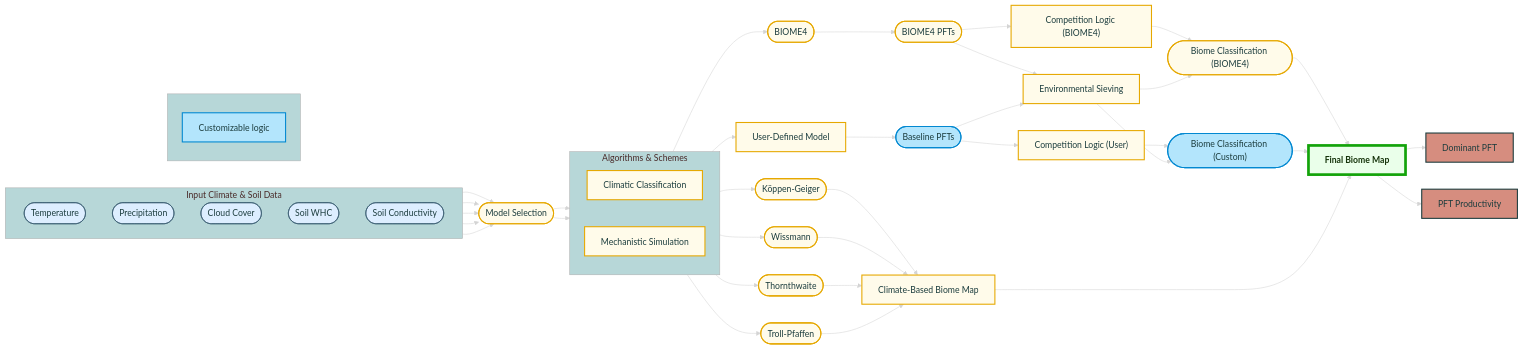
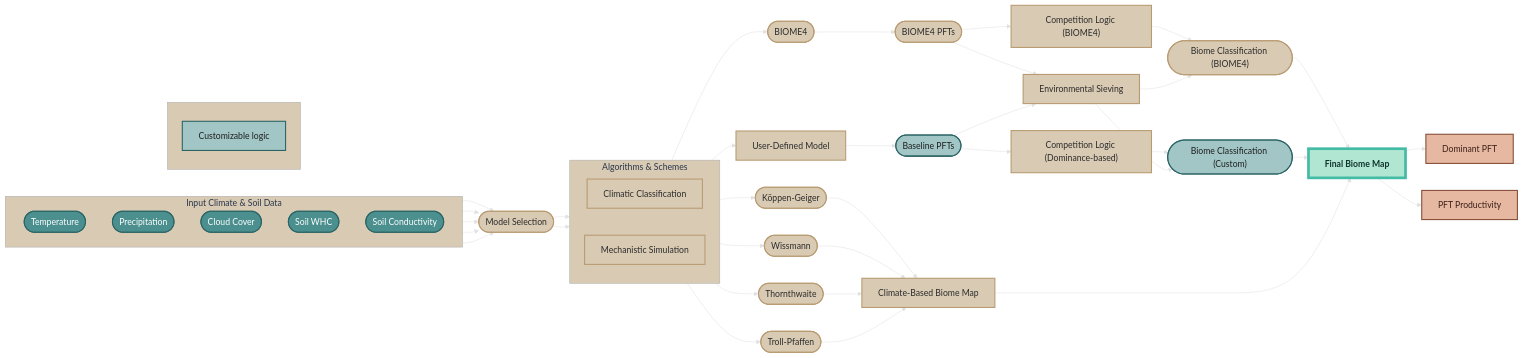
The diagram in README.md (clechartre/Biome.jl), drawn with Mermaid before and after one commit.

Commit message:
WSL color themes

````diff
--- a/README.md
+++ b/README.md
@@ -28,19 +28,19 @@
     rankSpacing: 30
     layoutDirection: TB
   themeVariables:
-    background: '#2B2B2B'
-    edgeColor: '#FFFFFF'
+    background: '#1E1E1E'
+    edgeColor: '#C0D6D6'
     primaryColor: '#2B6465'
     primaryTextColor: '#FFFFFF'
     primaryBorderColor: '#1B3C3D'
-    secondaryColor: '#F3E3AB'
-    tertiaryColor: '#B7D7D8'
-    edgeLabelBackground: '#FFFFFF'
-    textColor: '#FFFFFF'
+    secondaryColor: '#4B8F8F'
+    tertiaryColor: '#D9CAB3'
+    edgeLabelBackground: '#2B6465'
+    textColor: '#E8F1F1'
     fontFamily: ''
     fontSize: 16px
-    noteBkgColor: '#F9F9F9'
-    noteTextColor: '#2B2B2B'
+    noteBkgColor: '#F6F1EB'
+    noteTextColor: '#1E1E1E'
   layout: dagre
 ---
 flowchart LR
@@ -66,7 +66,7 @@
     E1 --> F1(["BIOME4 PFTs"])
     E2 --> F2(["Baseline PFTs"])
     F1 --> G1["Competition Logic (BIOME4)"] & G["Environmental Sieving"]
-    F2 --> G2["Competition Logic (User)"] & G
+    F2 --> G2["Competition Logic (Dominance-based)"] & G
     G1 --> H1(["Biome Classification (BIOME4)"])
     G2 --> H2(["Biome Classification (Custom)"])
     G --> H1 & H2
@@ -114,11 +114,10 @@
     n2:::finalsmall
     B:::schemebox
 
-    classDef inputbox fill:#DDEEFF,stroke:#2B4F65,color:#1B3C3D
-    classDef schemebox fill:#FFFBEA,stroke:#E6A800,color:#1B3C3D,stroke-width:2px
-    classDef outputbox fill:#eaffea,stroke:#13a30a,stroke-width:5px,color:#15330a,font-weight:bold
-    classDef finalsmall fill:#D68D7F,stroke:#1B3C3D,stroke-width:2px,color:#1B3C3D
-    classDef custombox fill:#B3E5FC,stroke:#0288D1,color:#1B3C3D,stroke-width:2px
-
+    classDef inputbox fill:#4B8F8F,stroke:#2B6465,color:#FFFFFF,stroke-width:2px
+    classDef schemebox fill:#D9CAB3,stroke:#B89B72,color:#2B2B2B,stroke-width:2px
+    classDef outputbox fill:#B0E6D2,stroke:#44BBA4,stroke-width:5px,color:#10332C,font-weight:bold
+    classDef finalsmall fill:#E6B8A2,stroke:#874D36,stroke-width:2px,color:#3B1F17
+    classDef custombox fill:#A2C6C6,stroke:#2B6465,color:#1E1E1E,stroke-width:2px
 
 ```
````
